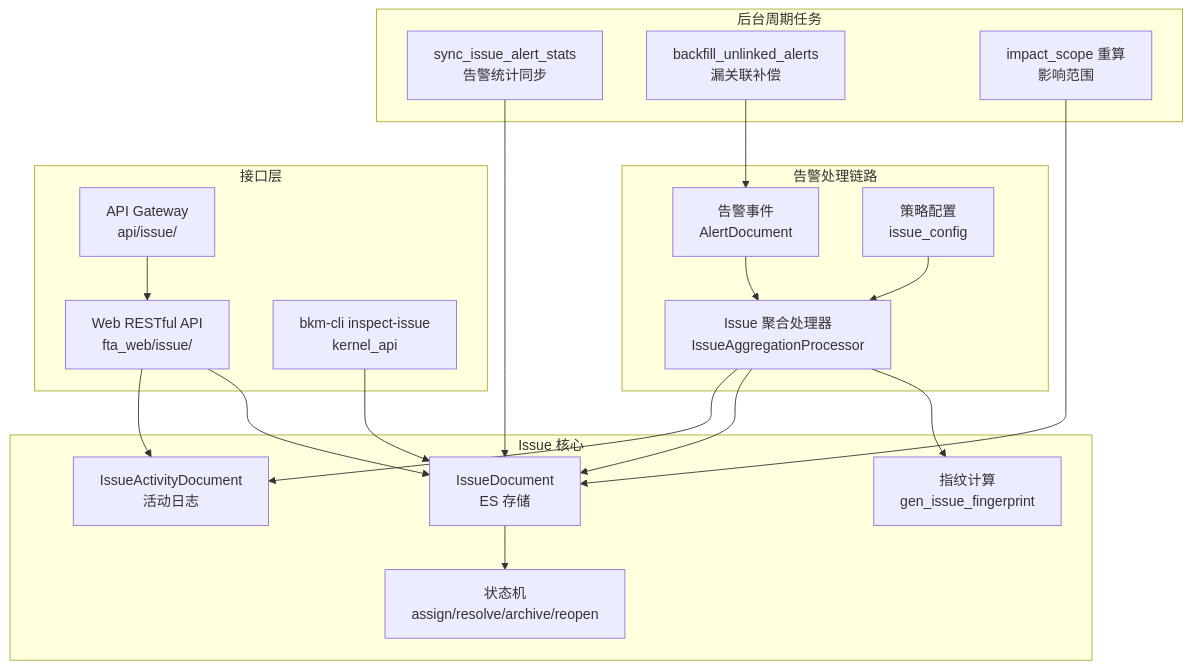
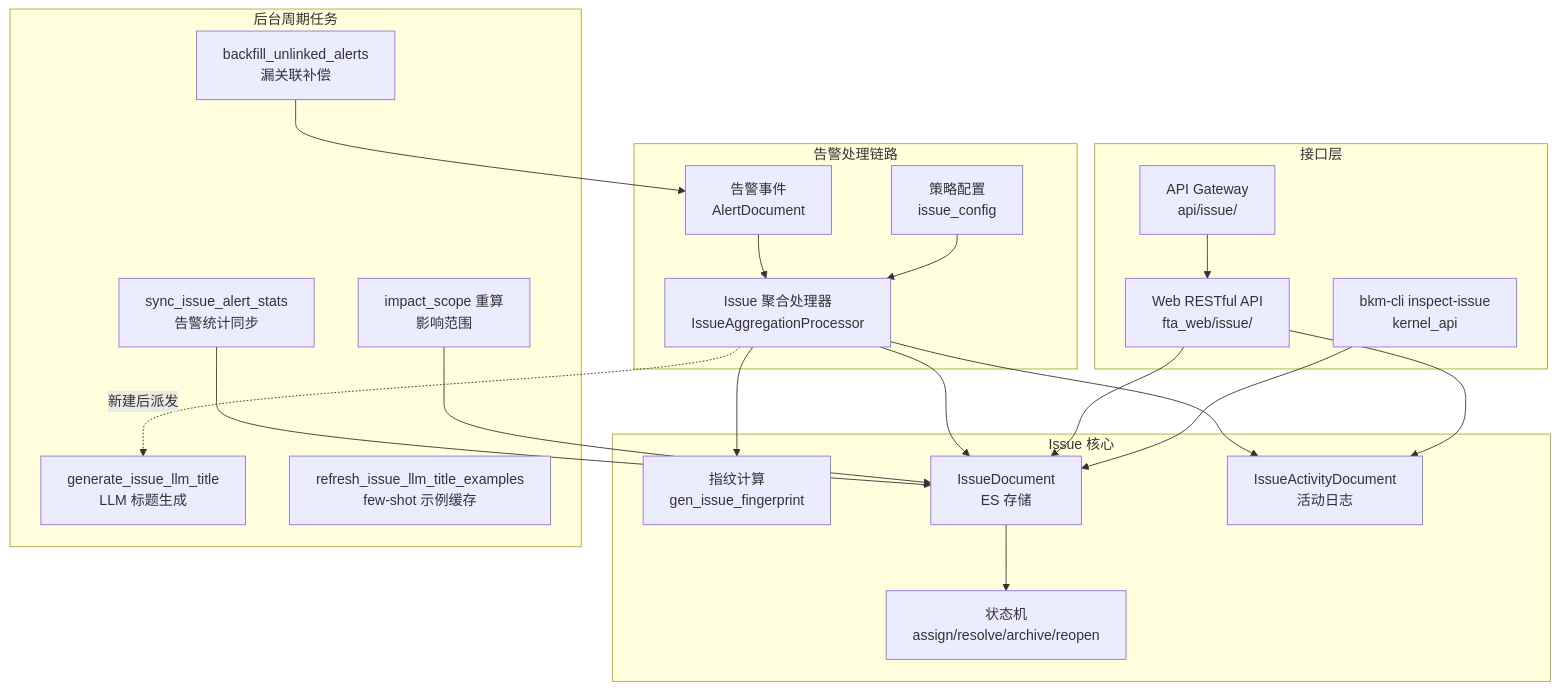
Before and after one commit to HACK-WU/bk-monitor-wiki: the first of 2 diagrams in wiki/告警系统设计/Issue功能/Issue 系统设计总览.md, drawn with Mermaid. The commit also changed other lines of this file and 22 other files, not shown here.

````diff
--- a/wiki/告警系统设计/Issue功能/Issue 系统设计总览.md
+++ b/wiki/告警系统设计/Issue功能/Issue 系统设计总览.md
@@ -40,41 +42,44 @@
 ```mermaid
 graph TB
     subgraph "告警处理链路"
         Alert["告警事件<br/>AlertDocument"]
         Strategy["策略配置<br/>issue_config"]
         Processor["Issue 聚合处理器<br/>IssueAggregationProcessor"]
     end
 
     subgraph "Issue 核心"
         Fingerprint["指纹计算<br/>gen_issue_fingerprint"]
         IssueDoc["IssueDocument<br/>ES 存储"]
         ActivityDoc["IssueActivityDocument<br/>活动日志"]
         StateMachine["状态机<br/>assign/resolve/archive/reopen"]
     end
 
     subgraph "后台周期任务"
         SyncTask["sync_issue_alert_stats<br/>告警统计同步"]
         BackfillTask["backfill_unlinked_alerts<br/>漏关联补偿"]
         ImpactScope["impact_scope 重算<br/>影响范围"]
+        LLMTitle["generate_issue_llm_title<br/>LLM 标题生成"]
+        LLMRefresh["refresh_issue_llm_title_examples<br/>few-shot 示例缓存"]
     end
 
     subgraph "接口层"
         WebAPI["Web RESTful API<br/>fta_web/issue/"]
         RPCAPI["bkm-cli inspect-issue<br/>kernel_api"]
         GWAPI["API Gateway<br/>api/issue/"]
     end
 
     Alert --> Processor
     Strategy --> Processor
     Processor --> Fingerprint
     Processor --> IssueDoc
     Processor --> ActivityDoc
+    Processor -.->|新建后派发| LLMTitle
     IssueDoc --> StateMachine
     SyncTask --> IssueDoc
     BackfillTask --> Alert
     ImpactScope --> IssueDoc
     WebAPI --> IssueDoc
     WebAPI --> ActivityDoc
     RPCAPI --> IssueDoc
     GWAPI --> WebAPI
 ```
````
